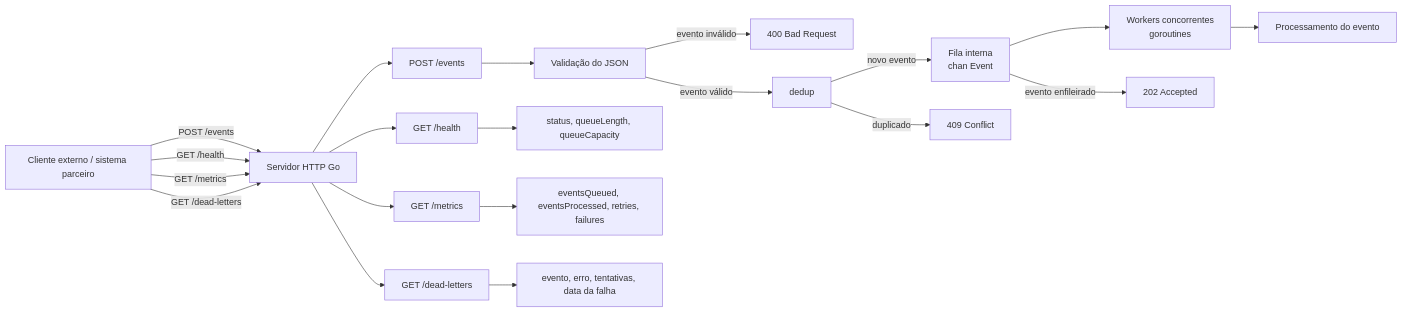
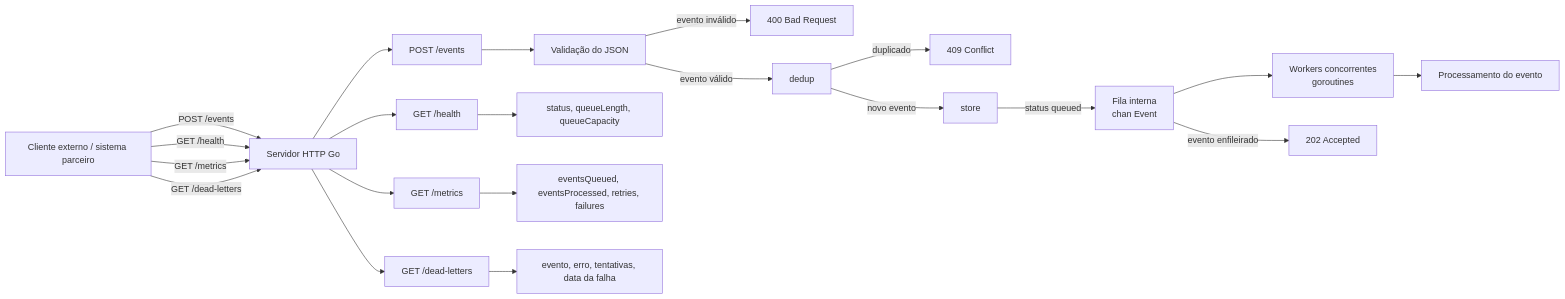
The first of 3 diagrams in docs/architecture.md (rafamguedes/go-webhook-processor), drawn with Mermaid before and after one commit. The commit also changed other lines of this file and 20 other files, not shown here.

````diff
--- a/docs/architecture.md
+++ b/docs/architecture.md
@@ -7,36 +7,37 @@
 ```mermaid
 flowchart LR
     client[Cliente externo / sistema parceiro]
     api[Servidor HTTP Go]
     handler[POST /events]
     validation[Validação do JSON]
     queue[Fila interna<br/>chan Event]
     workers[Workers concorrentes<br/>goroutines]
     processor[Processamento do evento]
     health[GET /health]
     metrics[GET /metrics]
     deadletters[GET /dead-letters]
 
     client -->|POST /events| api
     api --> handler
     handler --> validation
     validation -->|evento inválido| badRequest[400 Bad Request]
     validation -->|evento válido| dedup
     dedup -->|duplicado| conflict[409 Conflict]
-    dedup -->|novo evento| queue
+    dedup -->|novo evento| store
+    store -->|status queued| queue
     queue -->|evento enfileirado| accepted[202 Accepted]
     queue --> workers
     workers --> processor
 
     client -->|GET /health| api
     api --> health
     health --> healthResponse[status, queueLength, queueCapacity]
 
     client -->|GET /metrics| api
     api --> metrics
     metrics --> metricsResponse[eventsQueued, eventsProcessed, retries, failures]
 
     client -->|GET /dead-letters| api
     api --> deadletters
     deadletters --> deadLetterResponse[evento, erro, tentativas, data da falha]
 ```
````
